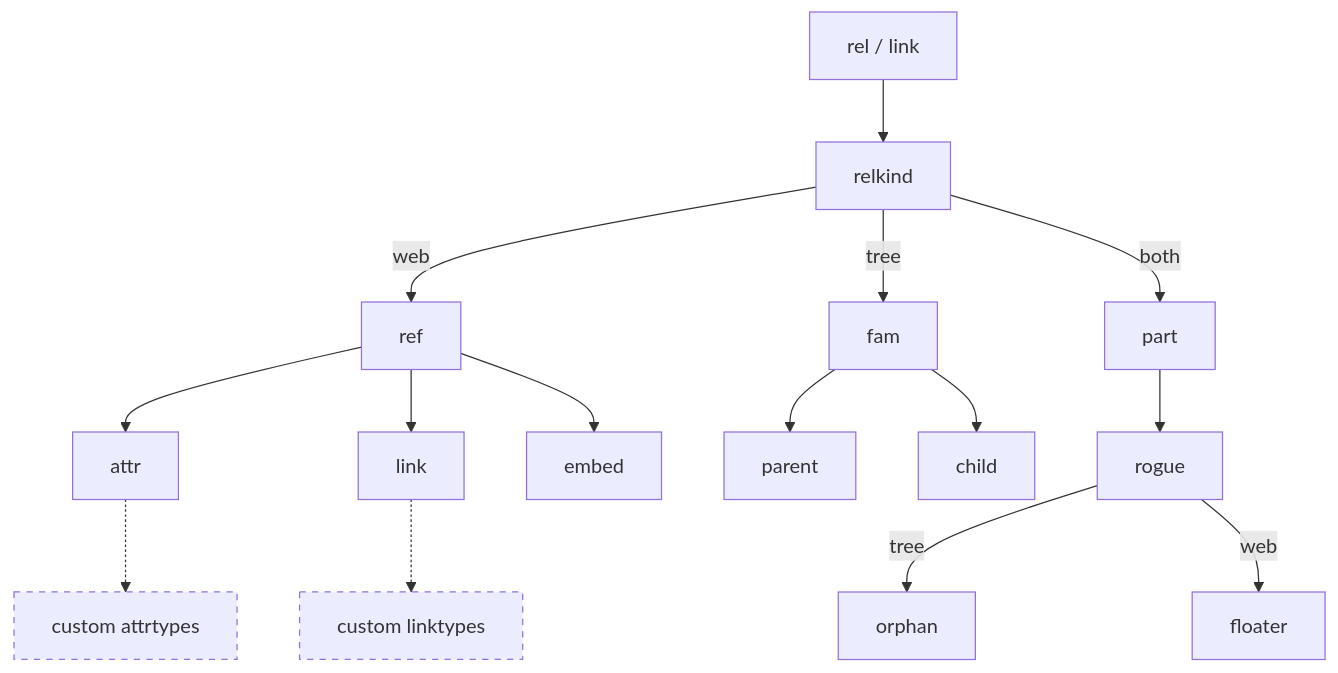
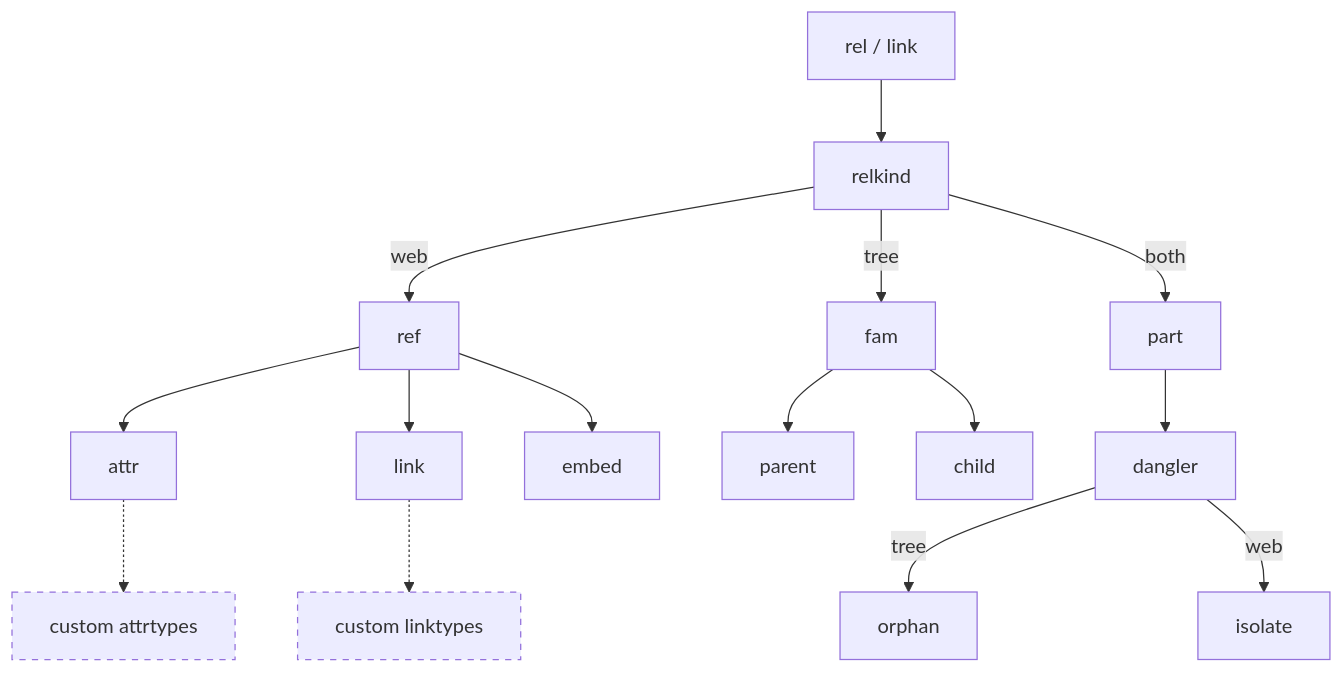
Before and after one commit to wikibonsai/wikibonsai: the second of 3 diagrams in docs/TERMS.md, drawn with Mermaid. The commit also changed other lines of this file, not shown here.

Commit message:
ref: 'floaters' -> 'isolates'; 'rogue' -> 'dangler'.

````diff
--- a/docs/TERMS.md
+++ b/docs/TERMS.md
@@ -100,25 +100,25 @@
 ```mermaid
 graph TD;
   id1[rel / link]    --> id2[relkind];
 
   id2[relkind]  --web--> id3[ref];
   id2[relkind] --tree--> id4[fam];
   id2[relkind] --both--> id5[part];
 
   id3[ref]           --> id6[attr];
   id3[ref]           --> id7[link];
   id3[ref]           --> id8[embed];
 
   id6[attr]         -.-> id9[custom attrtypes];
   id7[link]         -.-> id10[custom linktypes];
 
   id4[fam]           --> id11[parent];
   id4[fam]           --> id12[child];
-  id5[part]          --> id13[rogue];
+  id5[part]          --> id13[dangler];
 
-  id13[rogue]  --tree--> id14[orphan];
-  id13[rogue]   --web--> id15[floater];
+  id13[dangler] --tree--> id14[orphan];
+  id13[dangler]  --web--> id15[isolate];
 
   style id9 stroke-dasharray: 5 5;
   style id10 stroke-dasharray: 5 5;
 ```
````
